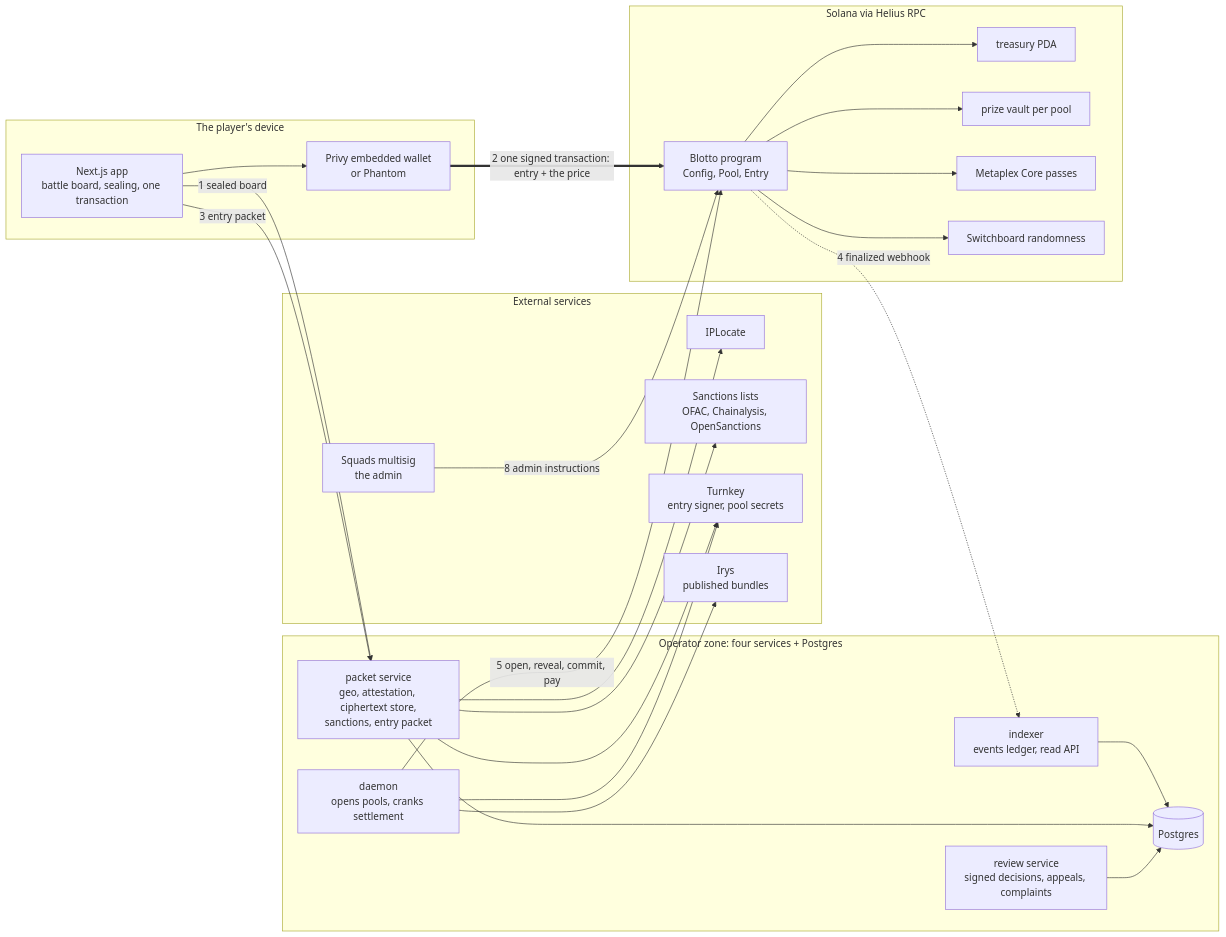
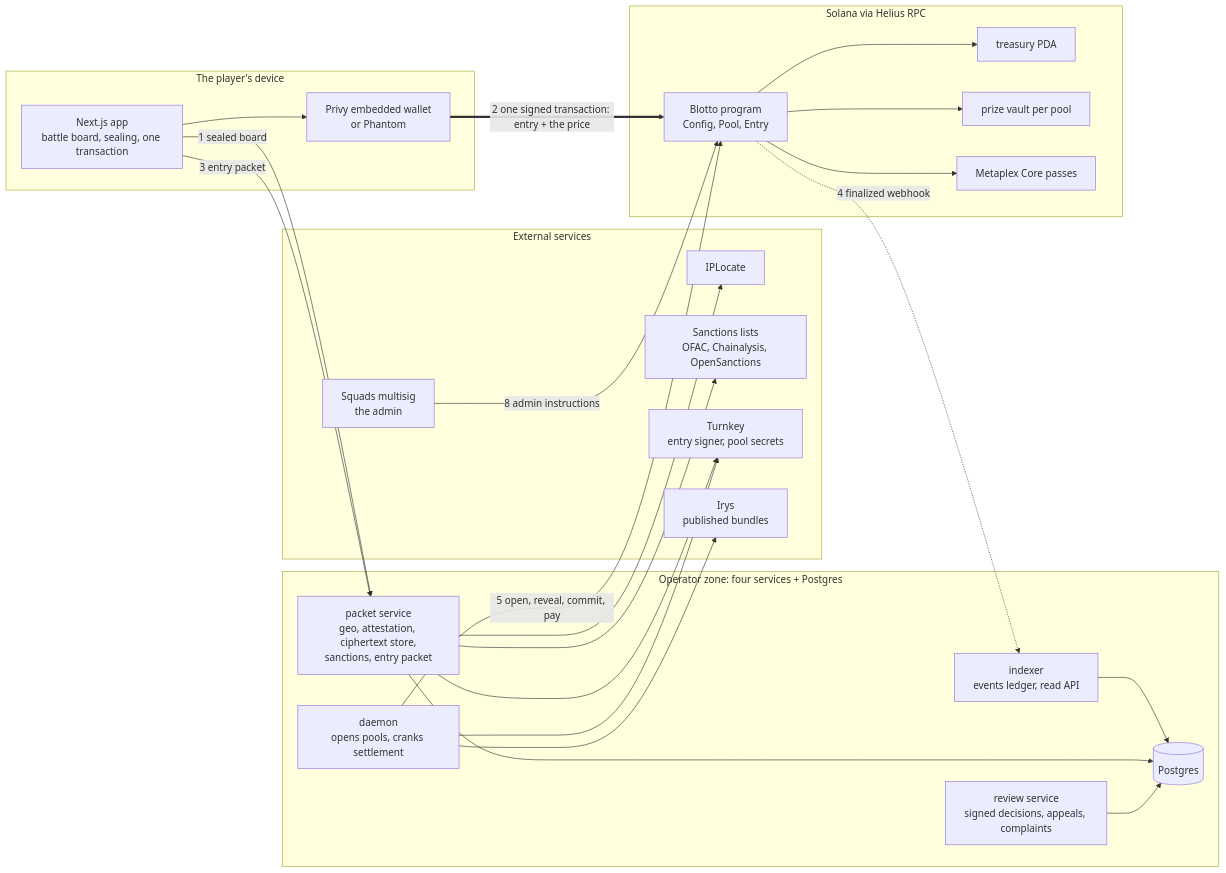
One commit to tomtblock/blotto changed the first of 7 diagrams in docs/architecture/DIAGRAMS.md. Above: the diagram before and after it, drawn with Mermaid. The commit also changed 20 other files, not shown here.

````diff
--- a/docs/architecture/DIAGRAMS.md
+++ b/docs/architecture/DIAGRAMS.md
@@ -20,41 +20,40 @@
 ```mermaid
 flowchart LR
   subgraph device["The player's device"]
     APP["Next.js app<br/>battle board, sealing, one transaction"]
     WALLET["Privy embedded wallet<br/>or Phantom"]
   end
   subgraph ours["Operator zone: four services + Postgres"]
     PACKET["packet service<br/>geo, attestation, ciphertext store,<br/>sanctions, entry packet"]
     INDEXER["indexer<br/>events ledger, read API"]
     DAEMON["daemon<br/>opens pools, cranks settlement"]
     REVIEW["review service<br/>signed decisions, appeals, complaints"]
     PG[("Postgres")]
   end
   subgraph vendors["External services"]
     IPL["IPLocate"]
     SANC["Sanctions lists<br/>OFAC, Chainalysis, OpenSanctions"]
     TK["Turnkey<br/>entry signer, pool secrets"]
     IRYS["Irys<br/>published bundles"]
     SQUADS["Squads multisig<br/>the admin"]
   end
   subgraph chain["Solana via Helius RPC"]
     PROG["Blotto program<br/>Config, Pool, Entry"]
     TREAS["treasury PDA"]
     VAULT["prize vault per pool"]
     MPL["Metaplex Core passes"]
-    SB["Switchboard randomness"]
   end
   APP -- "1 sealed board" --> PACKET
   APP -- "3 entry packet" --> PACKET
   PACKET --> IPL & SANC & TK
   APP --> WALLET
   WALLET == "2 one signed transaction: entry + the price" ==> PROG
-  PROG --> TREAS & VAULT & MPL & SB
+  PROG --> TREAS & VAULT & MPL
   PROG -. "4 finalized webhook" .-> INDEXER
   INDEXER --> PG
   PACKET --> PG
   REVIEW --> PG
   DAEMON -- "5 open, reveal, commit, pay" --> PROG
   DAEMON --> TK & IRYS
   SQUADS -- "8 admin instructions" --> PROG
 ```
````
